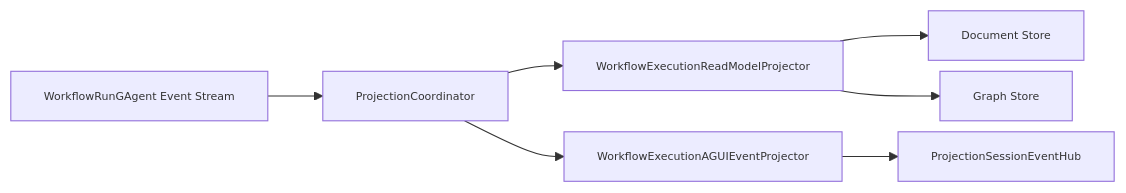
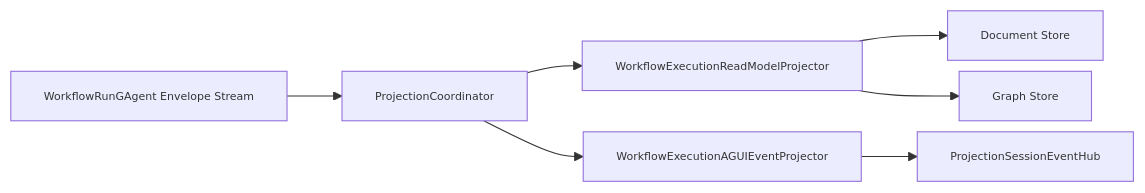
The diagram in src/workflow/Aevatar.Workflow.Projection/README.md (aevatarAI/aevatar), drawn with Mermaid before and after one commit. The commit also changed other lines of this file and 70 other files, not shown here.

````diff
--- a/src/workflow/Aevatar.Workflow.Projection/README.md
+++ b/src/workflow/Aevatar.Workflow.Projection/README.md
@@ -20,18 +25,18 @@
 ```mermaid
 %%{init: {"maxTextSize": 100000, "flowchart": {"useMaxWidth": false, "nodeSpacing": 10, "rankSpacing": 50}, "themeVariables": {"fontSize": "10px"}}}%%
 flowchart LR
-  ES["WorkflowRunGAgent Event Stream"]
+  ES["WorkflowRunGAgent Envelope Stream"]
   COOR["ProjectionCoordinator"]
   RM["WorkflowExecutionReadModelProjector"]
   AG["WorkflowExecutionAGUIEventProjector"]
   DOC["Document Store"]
   GRAPH["Graph Store"]
   HUB["ProjectionSessionEventHub<WorkflowRunEvent>"]
 
   ES --> COOR
   COOR --> RM
   COOR --> AG
   RM --> DOC
   RM --> GRAPH
   AG --> HUB
 ```
````
